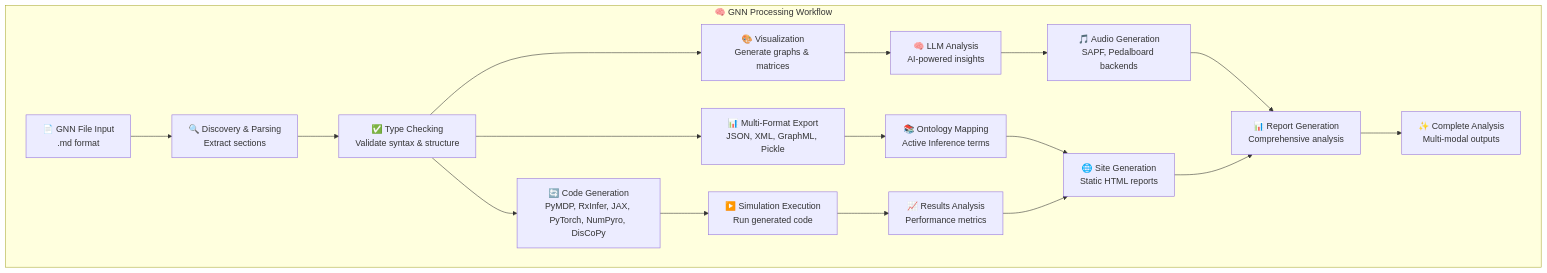
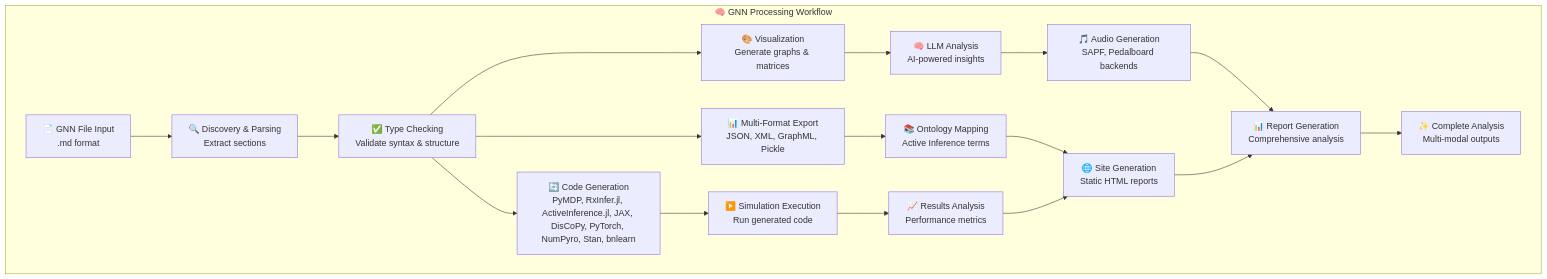
One commit to ActiveInferenceInstitute/GeneralizedNotationNotation changed the sixth of 8 diagrams in README.md. Above: the diagram before and after it, drawn with Mermaid. The commit also changed other lines of this file and 278 other files, not shown here.

````diff
--- a/README.md
+++ b/README.md
@@ -545,27 +574,27 @@
 ```mermaid
 flowchart TD
     subgraph "🧠 GNN Processing Workflow"
         A["📄 GNN File Input<br/>.md format"] --> B["🔍 Discovery & Parsing<br/>Extract sections"]
         B --> C["✅ Type Checking<br/>Validate syntax & structure"]
         C --> D["📊 Multi-Format Export<br/>JSON, XML, GraphML, Pickle"]
         
         C --> E["🎨 Visualization<br/>Generate graphs & matrices"]
-        C --> F["🔄 Code Generation<br/>PyMDP, RxInfer, JAX, PyTorch, NumPyro, DisCoPy"]
+        C --> F["🔄 Code Generation<br/>PyMDP, RxInfer.jl, ActiveInference.jl, JAX, DisCoPy, PyTorch, NumPyro, Stan, bnlearn"]
         
         F --> G["▶️ Simulation Execution<br/>Run generated code"]
         E --> H["🧠 LLM Analysis<br/>AI-powered insights"]
         
         D --> I["📚 Ontology Mapping<br/>Active Inference terms"]
         G --> J["📈 Results Analysis<br/>Performance metrics"]
         H --> K["🎵 Audio Generation<br/>SAPF, Pedalboard backends"]
         
         I --> L["🌐 Site Generation<br/>Static HTML reports"]
         J --> L
         K --> M["📊 Report Generation<br/>Comprehensive analysis"]
         
         L --> M
         M --> N["✨ Complete Analysis<br/>Multi-modal outputs"]
     end
     
     %% styling intentionally omitted (theme-controlled)
 ```
````
